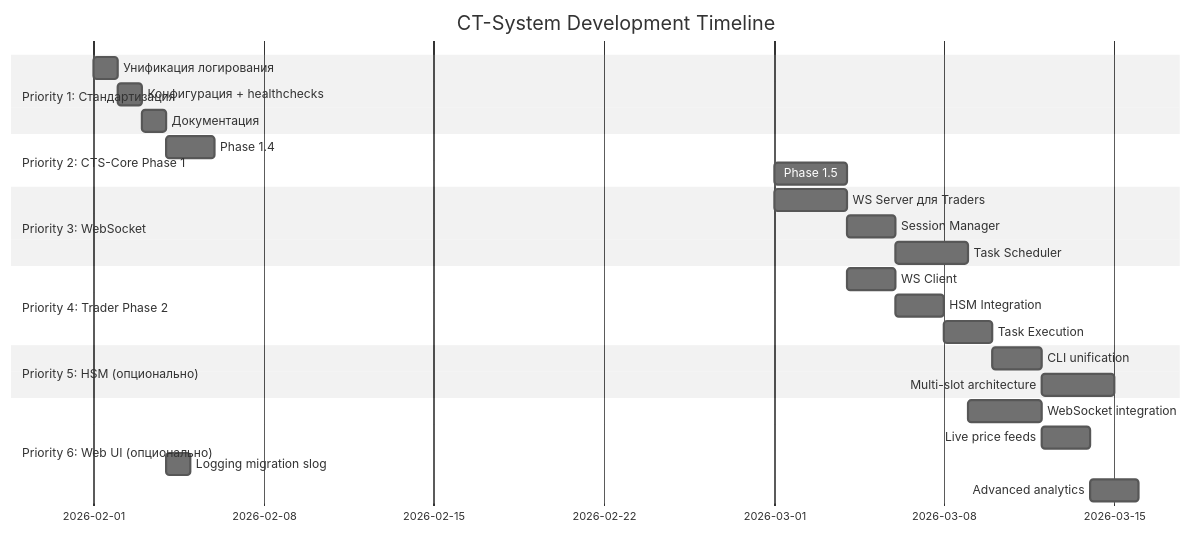
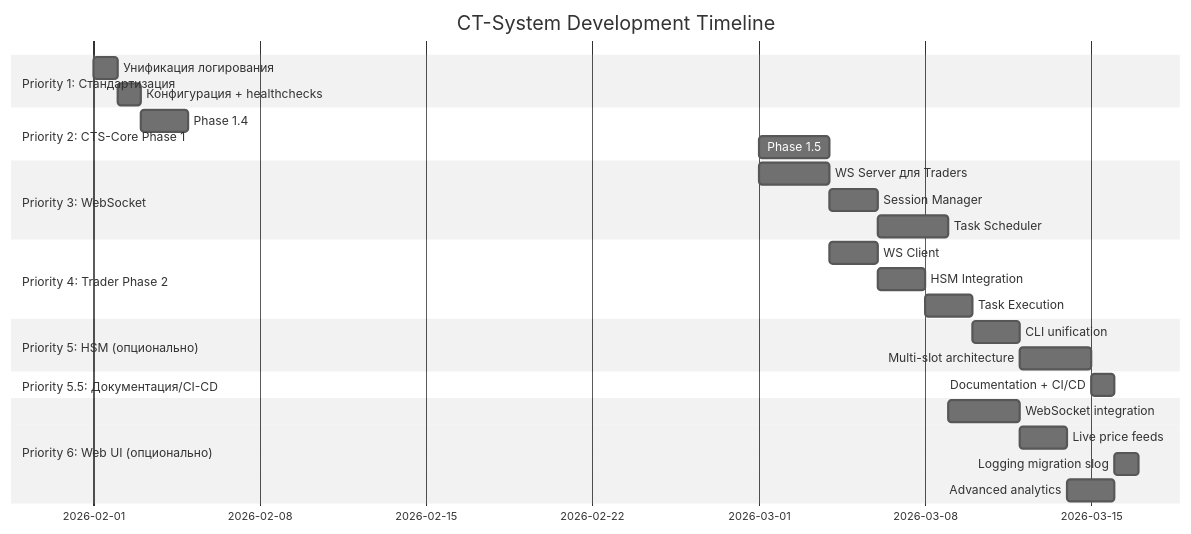
The diagram in DEVELOPMENT_PLAN.md (titaev-lv/cts-system-all-in-docker), drawn with Mermaid (neutral theme) before and after one commit. The commit also changed other lines of this file, not shown here.

````diff
--- a/DEVELOPMENT_PLAN.md
+++ b/DEVELOPMENT_PLAN.md
@@ -414,34 +426,36 @@
 ```mermaid
 gantt
     title CT-System Development Timeline
     dateFormat YYYY-MM-DD
     
     section Priority 1: Стандартизация
     Унификация логирования       :p1a, 2026-02-01, 1d
     Конфигурация + healthchecks  :p1b, after p1a, 1d
-    Документация                 :p1c, after p1b, 1d
     
     section Priority 2: CTS-Core Phase 1
-    Phase 1.4: State management  :p2a, after p1c, 2d
+   Phase 1.4: State management  :p2a, after p1b, 2d
     Phase 1.5: REST API          :p2b, after p2a, 3d
     
     section Priority 3: WebSocket
     WS Server для Traders        :p3a, after p2b, 3d
     Session Manager              :p3b, after p3a, 2d
     Task Scheduler               :p3c, after p3b, 3d
     
     section Priority 4: Trader Phase 2
     WS Client                    :p4a, after p3a, 2d
     HSM Integration              :p4b, after p4a, 2d
     Task Execution               :p4c, after p4b, 2d
     
     section Priority 5: HSM (опционально)
     CLI unification              :p5a, after p4c, 2d
     Multi-slot architecture      :p5b, after p5a, 3d
+
+   section Priority 5.5: Документация/CI-CD
+   Documentation + CI/CD        :p55a, after p5b, 1d
     
     section Priority 6: Web UI (опционально)
     WebSocket integration        :p6a, after p3c, 3d
     Live price feeds             :p6b, after p6a, 2d
-    Logging migration slog       :p6c, after p1c, 1d
+   Logging migration slog       :p6c, after p55a, 1d
     Advanced analytics           :p6d, after p6b, 2d
 ```
````
